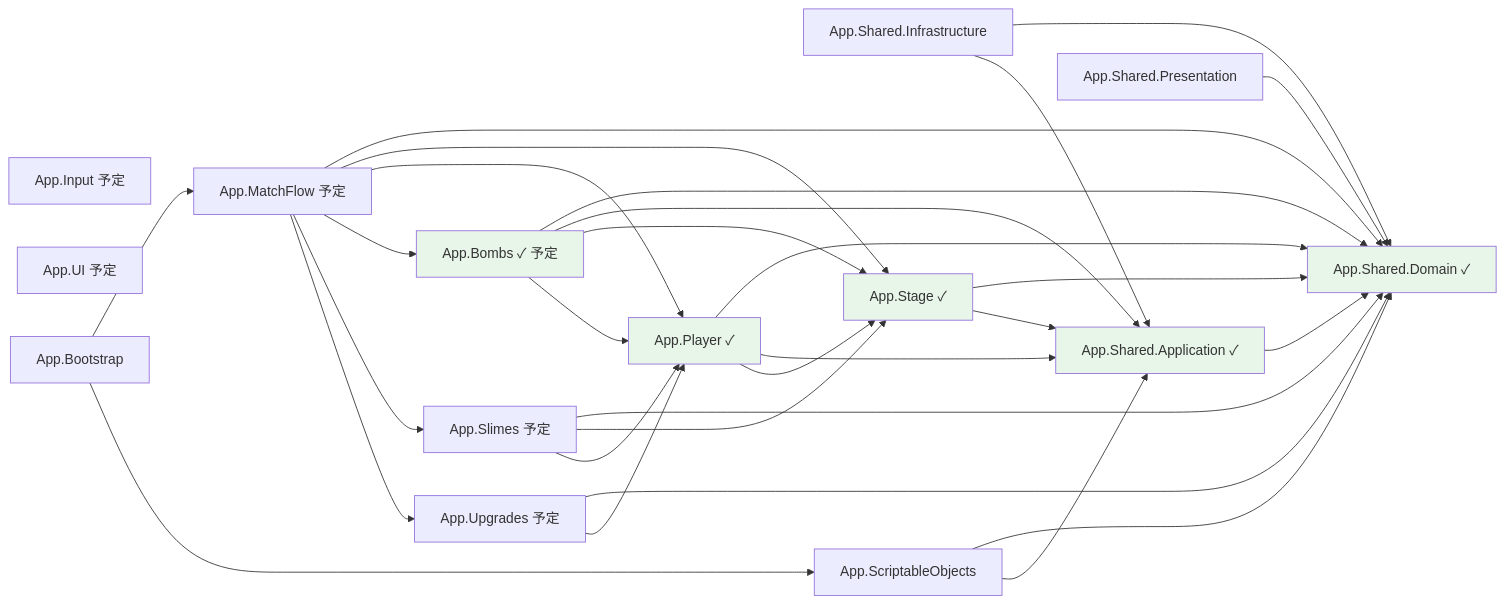
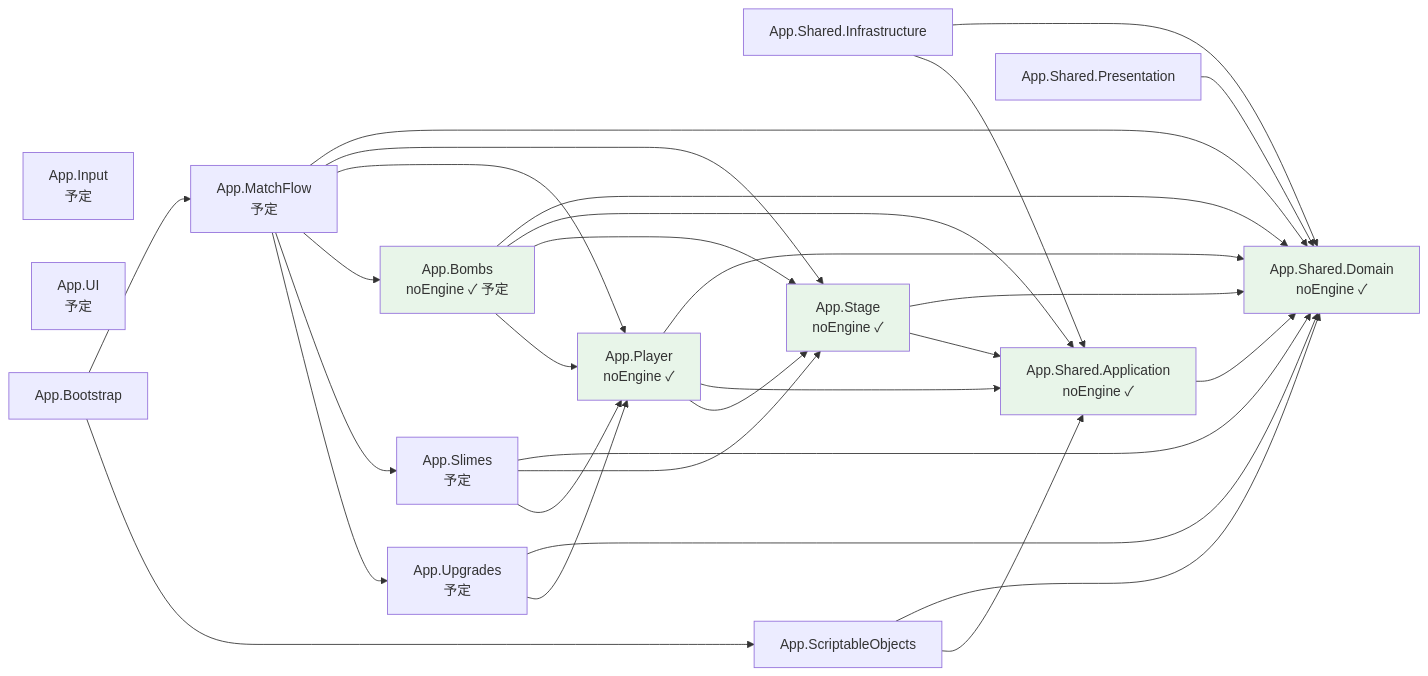
One commit to OUCC/2026-spring-hackathon-teamA changed the second of 10 diagrams in docs/architecture.md. Above: the diagram before and after it, drawn with Mermaid. The commit also changed other lines of this file, not shown here.

First line of the commit message:
architecture.md のエラーなし図の情報量を復元

````diff
--- a/docs/architecture.md
+++ b/docs/architecture.md
@@ -54,52 +52,52 @@
 ```mermaid
 graph LR
-    SD["App.Shared.Domain ✓"]
-    SA["App.Shared.Application ✓"]
+    SD["App.Shared.Domain<br/>noEngine ✓"]
+    SA["App.Shared.Application<br/>noEngine ✓"]
     SI[App.Shared.Infrastructure]
     SP[App.Shared.Presentation]
-    AST["App.Stage ✓"]
-    APL["App.Player ✓"]
-    ABM["App.Bombs ✓ 予定"]
-    ASL["App.Slimes 予定"]
-    AUP["App.Upgrades 予定"]
-    AMF["App.MatchFlow 予定"]
-    AIN["App.Input 予定"]
-    AUI["App.UI 予定"]
+    AST["App.Stage<br/>noEngine ✓"]
+    APL["App.Player<br/>noEngine ✓"]
+    ABM["App.Bombs<br/>noEngine ✓ 予定"]
+    ASL["App.Slimes<br/>予定"]
+    AUP["App.Upgrades<br/>予定"]
+    AMF["App.MatchFlow<br/>予定"]
+    AIN["App.Input<br/>予定"]
+    AUI["App.UI<br/>予定"]
     ASO[App.ScriptableObjects]
     ABT[App.Bootstrap]
 
     SA --> SD
     SI --> SD
     SI --> SA
     SP --> SD
     AST --> SD
     AST --> SA
     APL --> SD
     APL --> SA
     APL --> AST
     ABM --> SD
     ABM --> SA
     ABM --> AST
     ABM --> APL
     ASL --> SD
     ASL --> AST
     ASL --> APL
     AUP --> SD
     AUP --> APL
     AMF --> SD
     AMF --> AST
     AMF --> APL
     AMF --> ABM
     AMF --> ASL
     AMF --> AUP
     ASO --> SD
     ASO --> SA
     ABT --> AMF
     ABT --> ASO
 
     style SD fill:#e8f5e9
     style SA fill:#e8f5e9
     style AST fill:#e8f5e9
     style APL fill:#e8f5e9
     style ABM fill:#e8f5e9
 ```
````
